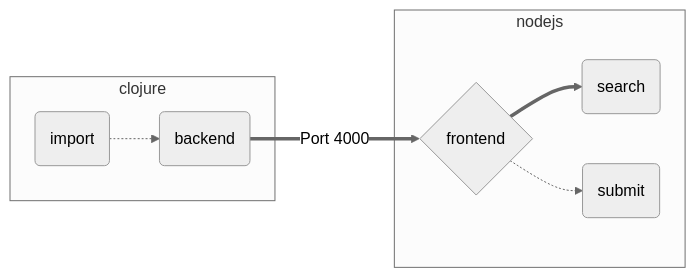
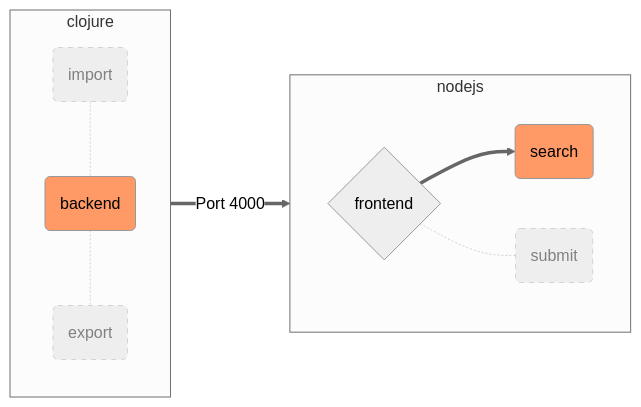
One commit to internet4refugees/beherbergung changed the first of 2 diagrams in architecture.md. Above: the diagram before and after it, drawn with Mermaid (neutral theme). The commit also changed other lines of this file, not shown here.

````diff
--- a/architecture.md
+++ b/architecture.md
@@ -3,11 +1,19 @@
 ```mermaid
 flowchart LR;
+    classDef focus fill:#f96;
+    classDef hide_ color:gray , stroke-dasharray: 5 5 , stroke:lightgray;
     subgraph clojure
-        I(import) -.-> B(backend)
+        I(import):::hide_ -.- B(backend):::focus
+        B -.- e(export):::hide_
     end
     subgraph nodejs
-        B ==Port 4000==> C{frontend}
-        C ==> D(search)
-        C -.-> E(submit)
+        direction LR
+        C{frontend}
+        C ==> D(search):::focus
+        C -.- E(submit):::hide_
     end
+    clojure ==Port 4000==> nodejs
+    linkStyle 0 stroke:lightgrey;
+    linkStyle 1 stroke:lightgrey;
+    linkStyle 3 stroke:lightgrey;
 ```
````
